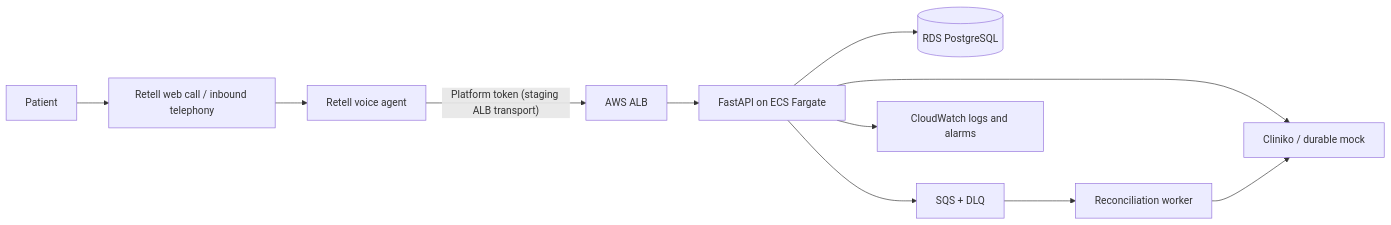
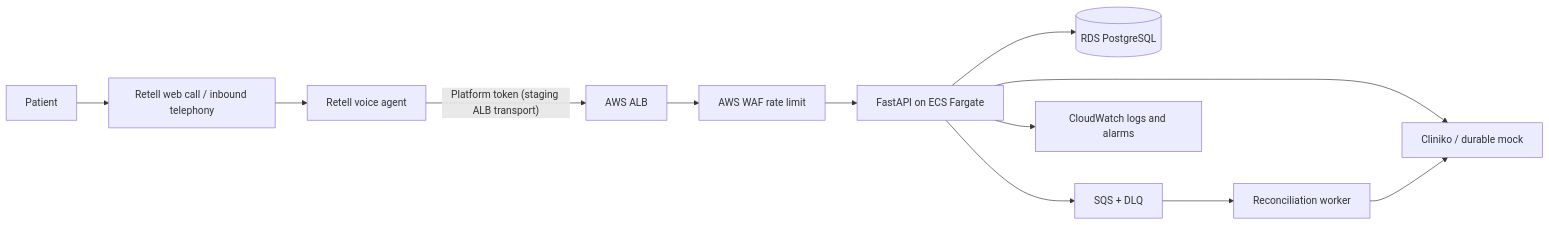
One commit to khushalkumar/2care-clinic-voice-agent changed the diagram in README.md. Above: the diagram before and after it, drawn with Mermaid. The commit also changed other lines of this file and 25 other files, not shown here.

````diff
--- a/README.md
+++ b/README.md
@@ -72,13 +76,14 @@
 ```mermaid
 flowchart LR
     Caller["Patient"] --> Tel["Retell web call / inbound telephony"]
     Tel --> Voice["Retell voice agent"]
     Voice -->|"Platform token (staging ALB transport)"| ALB["AWS ALB"]
-    ALB --> API["FastAPI on ECS Fargate"]
+    ALB --> WAF["AWS WAF rate limit"]
+    WAF --> API["FastAPI on ECS Fargate"]
     API --> DB[("RDS PostgreSQL")]
     API --> PMS["Cliniko / durable mock"]
     API --> Queue["SQS + DLQ"]
     Queue --> Worker["Reconciliation worker"]
     Worker --> PMS
     API --> CW["CloudWatch logs and alarms"]
 ```
````
